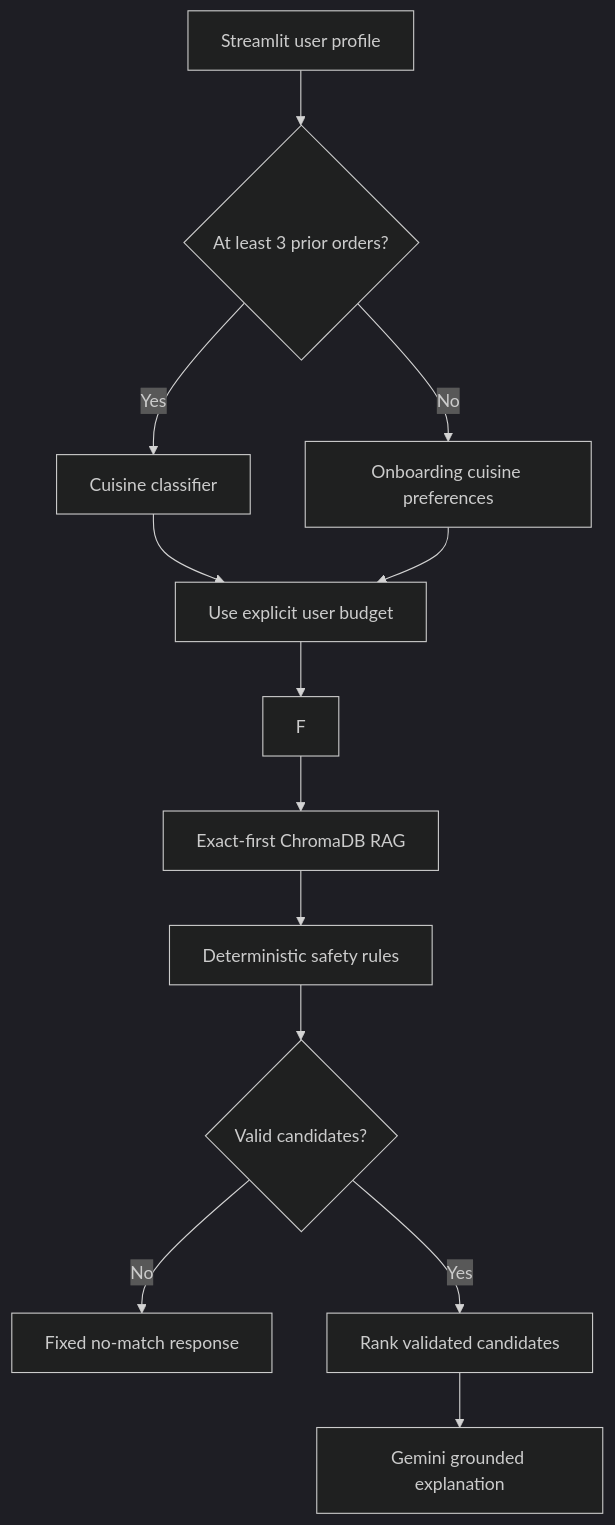
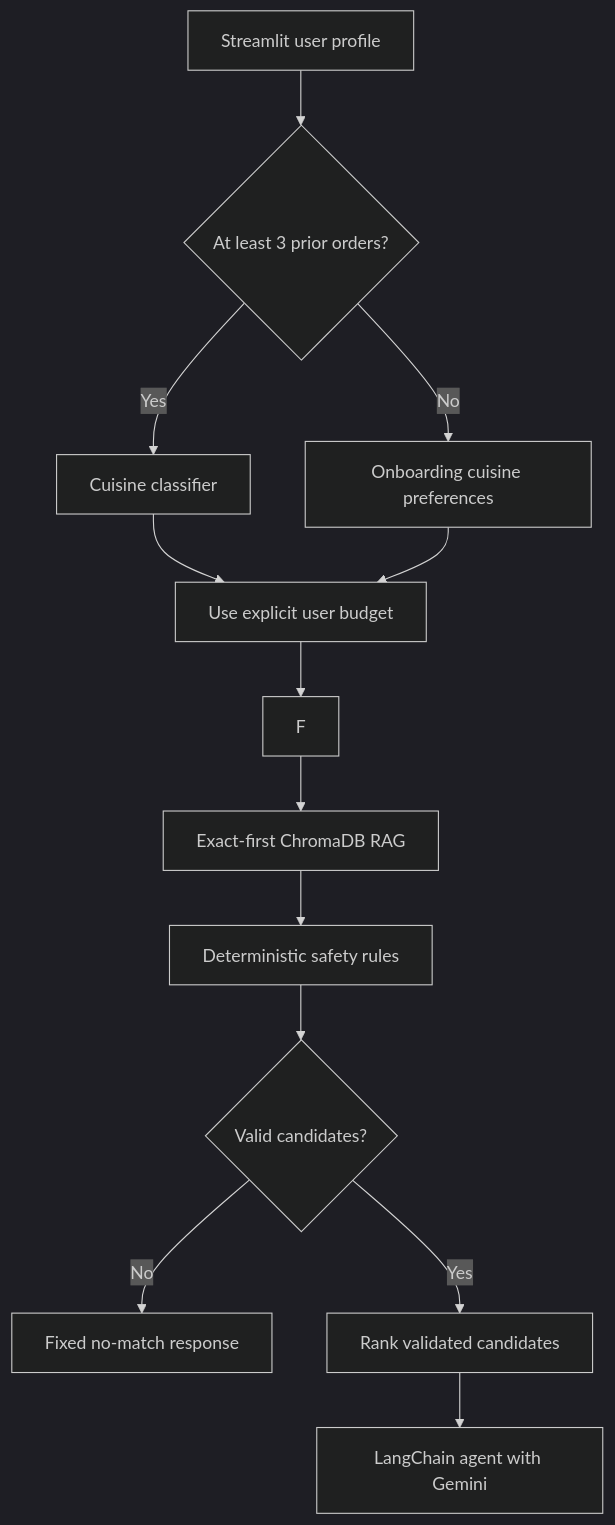
One commit to Tanishq1596/Intelligent-Culinary-Matchmaker-and-Personalized-Menu-Agent changed the diagram in README.md. Above: the diagram before and after it, drawn with Mermaid (dark theme). The commit also changed other lines of this file and 5 other files, not shown here.

Commit message:
refactor: simplify agentic workflow with LangChain

````diff
--- a/README.md
+++ b/README.md
@@ -29,15 +29,15 @@
 ```mermaid
 flowchart TD
     A[Streamlit user profile] --> U{At least 3 prior orders?}
     U -->|Yes| B[Cuisine classifier]
     U -->|No| O[Onboarding cuisine preferences]
     B --> D[Use explicit user budget]
     O --> D
     D --> F
     F --> G[Exact-first ChromaDB RAG]
     G --> H[Deterministic safety rules]
     H --> I{Valid candidates?}
     I -->|No| J[Fixed no-match response]
     I -->|Yes| K[Rank validated candidates]
-    K --> L[Gemini grounded explanation]
+    K --> L[LangChain agent with Gemini]
 ```
````
